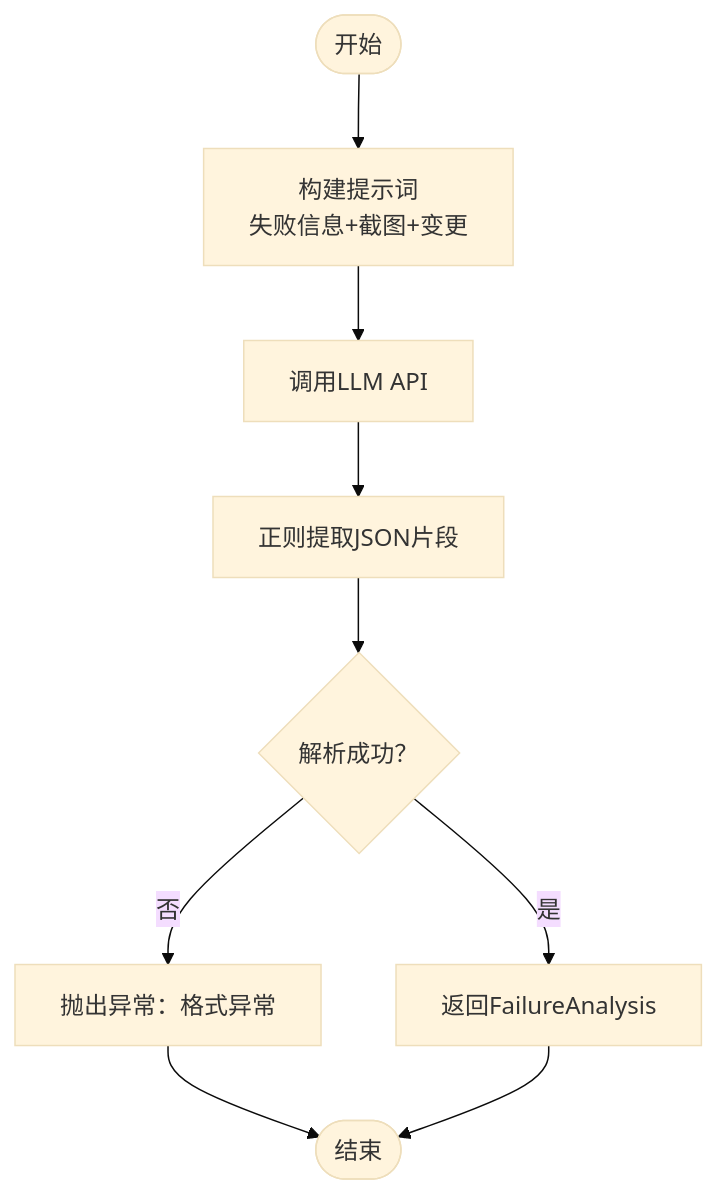
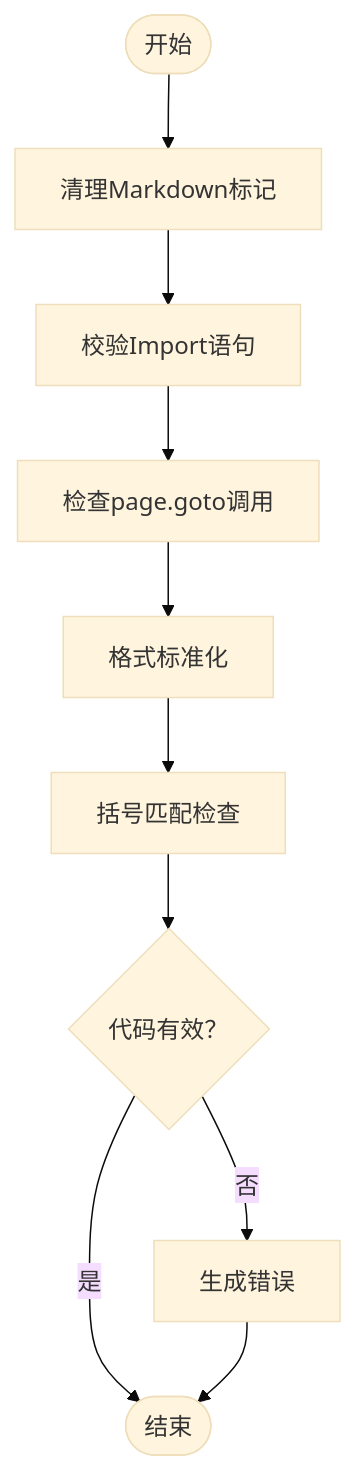
The seventh of 9 diagrams in .qoder/repowiki/zh/content/AI测试生成系统/AI测试脚本生成器.md (zzgoviziwind/--playwright), drawn with Mermaid (base theme) before and after one commit. The commit also changed other lines of this file and 112 other files, not shown here.

````diff
--- a/.qoder/repowiki/zh/content/AI测试生成系统/AI测试脚本生成器.md
+++ b/.qoder/repowiki/zh/content/AI测试生成系统/AI测试脚本生成器.md
@@ -207,11 +357,12 @@
 ```mermaid
 flowchart TD
-Start(["开始"]) --> BuildPrompt["构建提示词<br/>失败信息+截图+变更"]
-BuildPrompt --> CallLLM["调用LLM API"]
-CallLLM --> Parse["正则提取JSON片段"]
-Parse --> Validate{"解析成功？"}
-Validate --> |否| Error["抛出异常：格式异常"]
-Validate --> |是| Return["返回FailureAnalysis"]
-Error --> End(["结束"])
-Return --> End
+Start(["开始"]) --> Clean["清理Markdown标记"]
+Clean --> ImportCheck["校验Import语句"]
+ImportCheck --> GotoCheck["检查page.goto调用"]
+GotoCheck --> Normalize["格式标准化"]
+Normalize --> BracketCheck["括号匹配检查"]
+BracketCheck --> Valid{"代码有效？"}
+Valid --> |是| End(["结束"])
+Valid --> |否| Warn["生成错误"]
+Warn --> End
 ```
````
